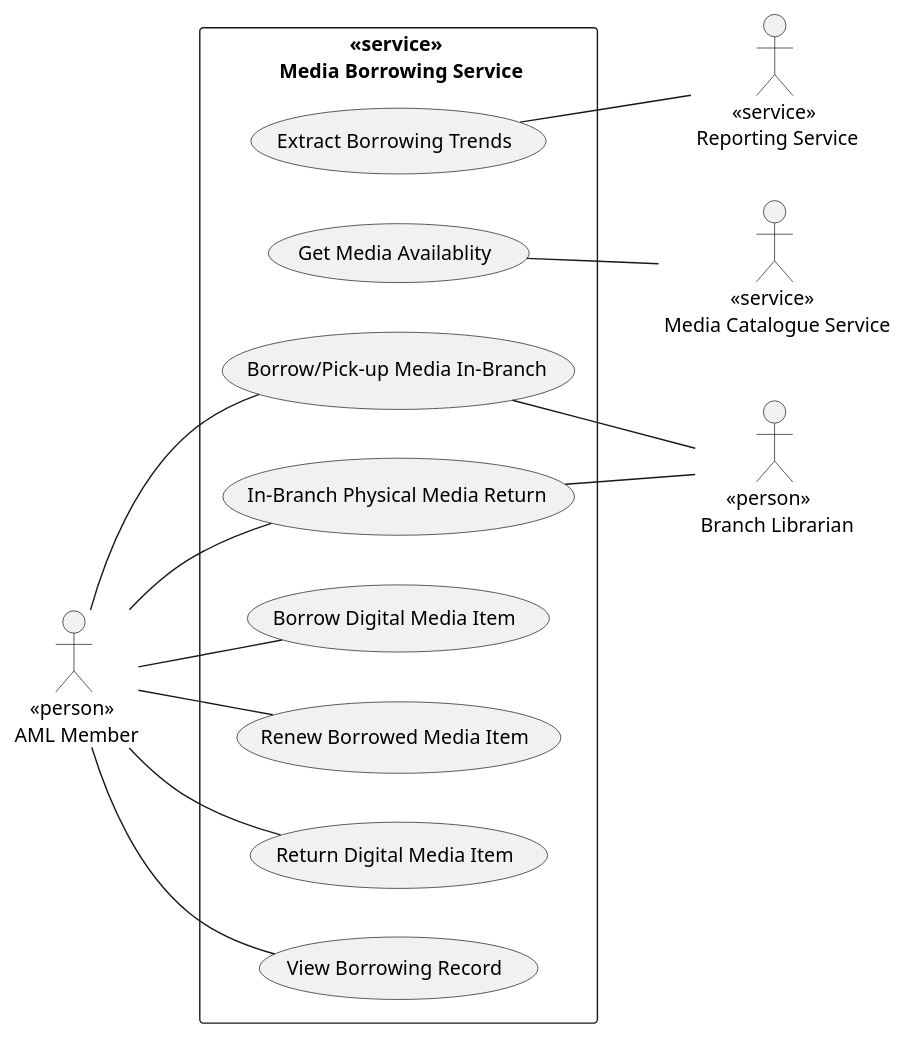
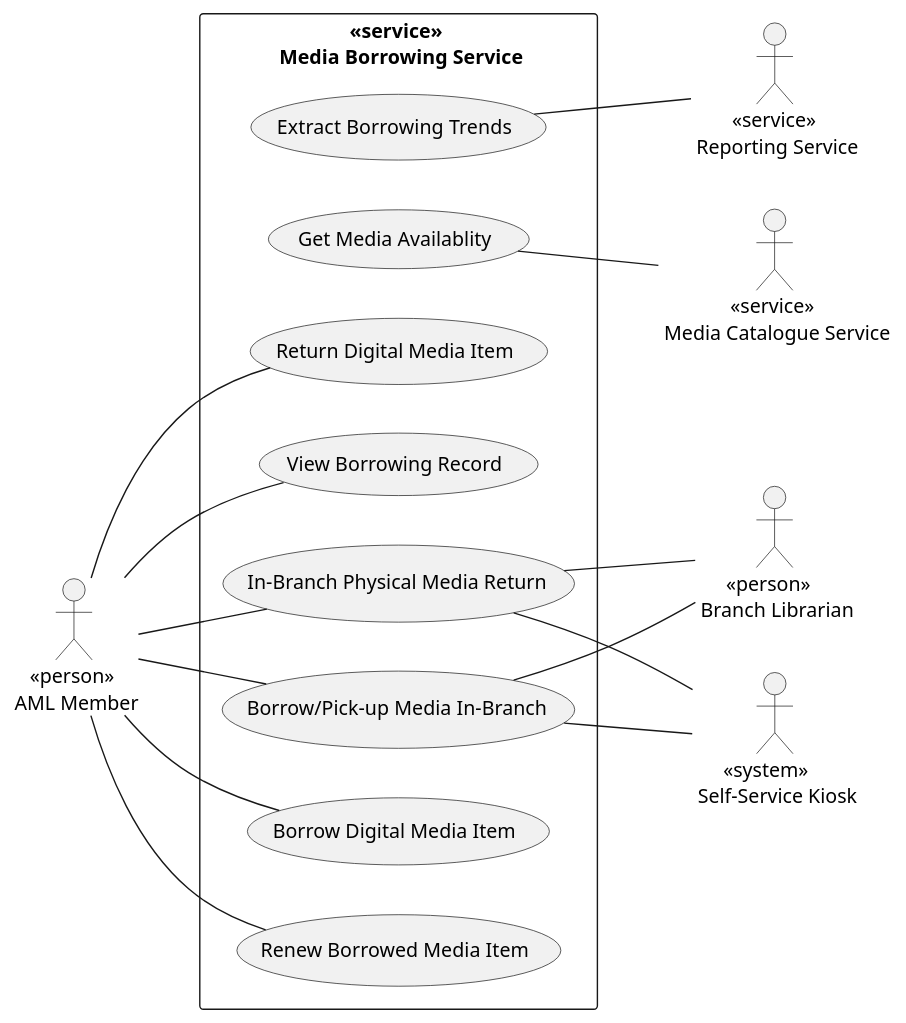
The diagram in documentation/use-cases/media-borrowing/media-borrowing.puml (Nox-iv/group-11), drawn with PlantUML before and after one commit.

Commit message:
Add self-service kiosk to media borrowing diagram.

```diff
--- a/documentation/use-cases/media-borrowing/media-borrowing.puml
+++ b/documentation/use-cases/media-borrowing/media-borrowing.puml
@@ -1,33 +1,36 @@
 @startuml media-borrowing
 left to right direction
 
 rectangle "<<service>> \n Media Borrowing Service" {
     (Borrow Digital Media Item) as borrow_media
     (Renew Borrowed Media Item) as renew_media
     (Return Digital Media Item) as return_media
     (View Borrowing Record) as view_borrowing_record
     (Get Media Availablity) as get_availability
     (Extract Borrowing Trends) as extract_trends
     (In-Branch Physical Media Return) as process_return
     (Borrow/Pick-up Media In-Branch) as process_borrow
 }
 
 :    <<person>> \n AML Member: as aml_member 
 :      <<person>> \n Branch Librarian: as librarian
+:      <<system>> \n Self-Service Kiosk: as self_service
 :              <<service>> \n Media Catalogue Service: as media_catalogue
 :        <<service>> \n Reporting Service: as reporting_service
 
 
 aml_member -- borrow_media
 aml_member -- renew_media
 aml_member -- return_media
 aml_member -- view_borrowing_record
 aml_member -- process_return
 aml_member -- process_borrow
 librarian -u- process_return
 librarian -u- process_borrow
+self_service -u- process_borrow
+self_service -u- process_return
 
 media_catalogue -u- get_availability
 reporting_service -u- extract_trends
 
 @enduml
```
